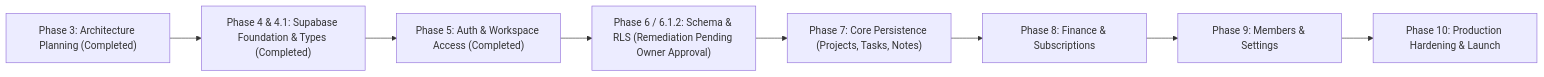
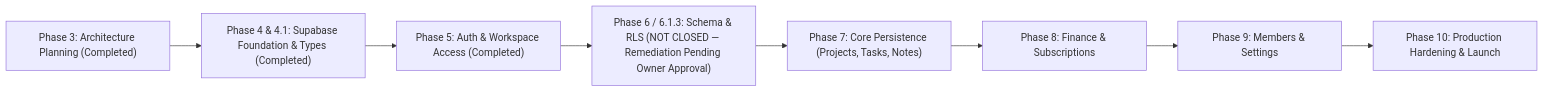
Before and after one commit to khairultajudin/khaispace: the diagram in apps/hub/docs/architecture/MIGRATION-ROADMAP.md, drawn with Mermaid. The commit also changed other lines of this file and 6 other files, not shown here.

Commit message:
test(hub): align phase 6 remediation and security assertions

````diff
--- a/apps/hub/docs/architecture/MIGRATION-ROADMAP.md
+++ b/apps/hub/docs/architecture/MIGRATION-ROADMAP.md
@@ -20,10 +20,10 @@
 ```mermaid
 flowchart LR
     P3["Phase 3: Architecture Planning (Completed)"] --> P4["Phase 4 & 4.1: Supabase Foundation & Types (Completed)"]
     P4 --> P5["Phase 5: Auth & Workspace Access (Completed)"]
-    P5 --> P6["Phase 6 / 6.1.2: Schema & RLS (Remediation Pending Owner Approval)"]
+    P5 --> P6["Phase 6 / 6.1.3: Schema & RLS (NOT CLOSED — Remediation Pending Owner Approval)"]
     P6 --> P7["Phase 7: Core Persistence (Projects, Tasks, Notes)"]
     P7 --> P8["Phase 8: Finance & Subscriptions"]
     P8 --> P9["Phase 9: Members & Settings"]
     P9 --> P10["Phase 10: Production Hardening & Launch"]
 ```
````
